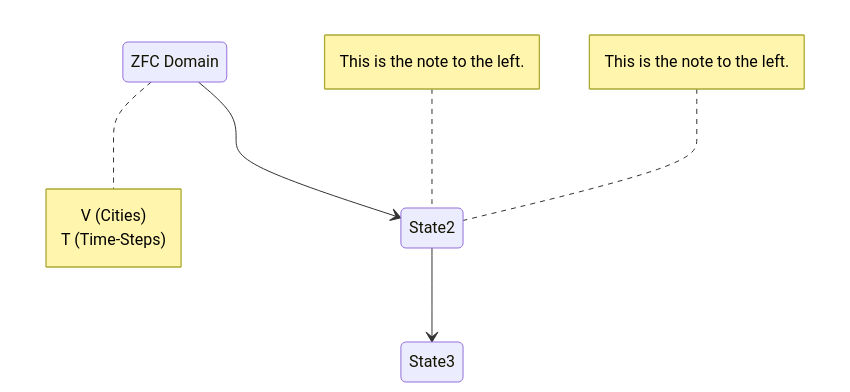
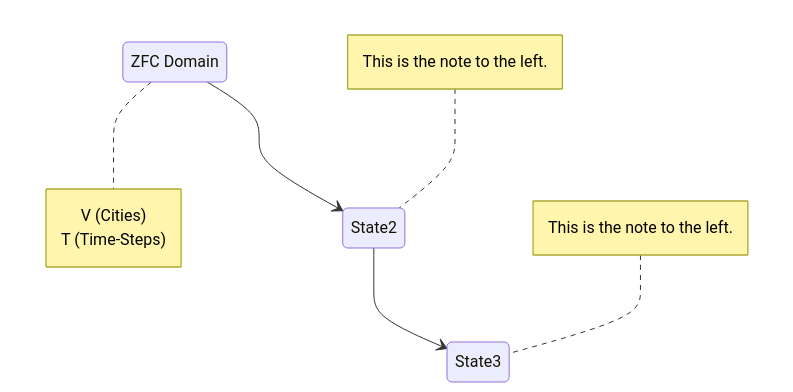
The diagram in problems/python/ImplementationGuideTSP.md (roguemage-cyberzen/Reasoning-Engine), drawn with Mermaid before and after one commit.

````diff
--- a/problems/python/ImplementationGuideTSP.md
+++ b/problems/python/ImplementationGuideTSP.md
@@ -15,12 +15,12 @@
 ```mermaid
     stateDiagram-v2
         State1: ZFC Domain
         note right of State1
             V (Cities)
             T (Time-Steps)
         end note
         State1 --> State2
         note left of State2 : This is the note to the left.
         State2 --> State3
-        note left of State2 : This is the note to the left.
+        note left of State3 : This is the note to the left.
 ```
````
